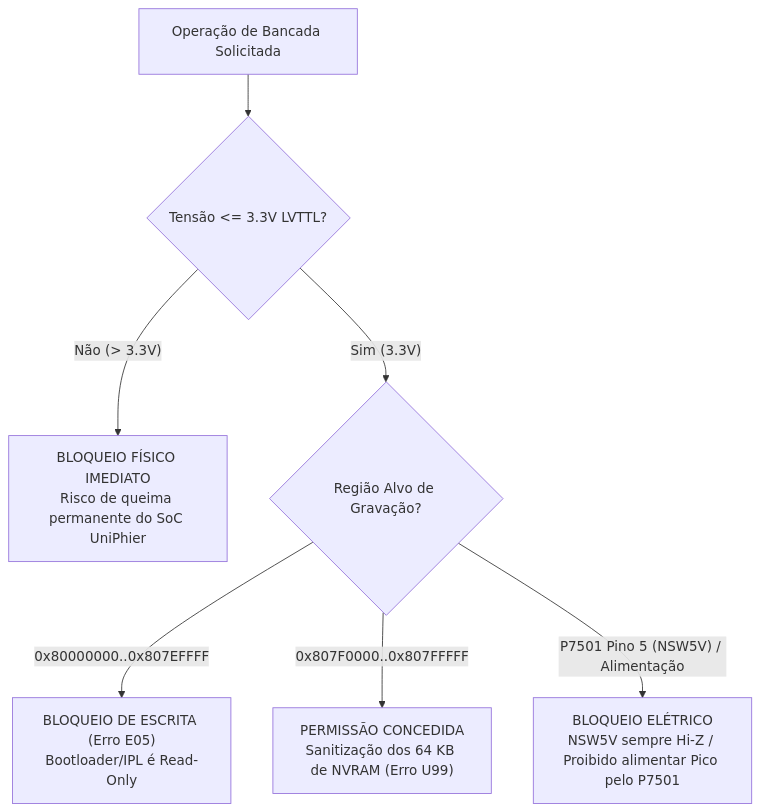
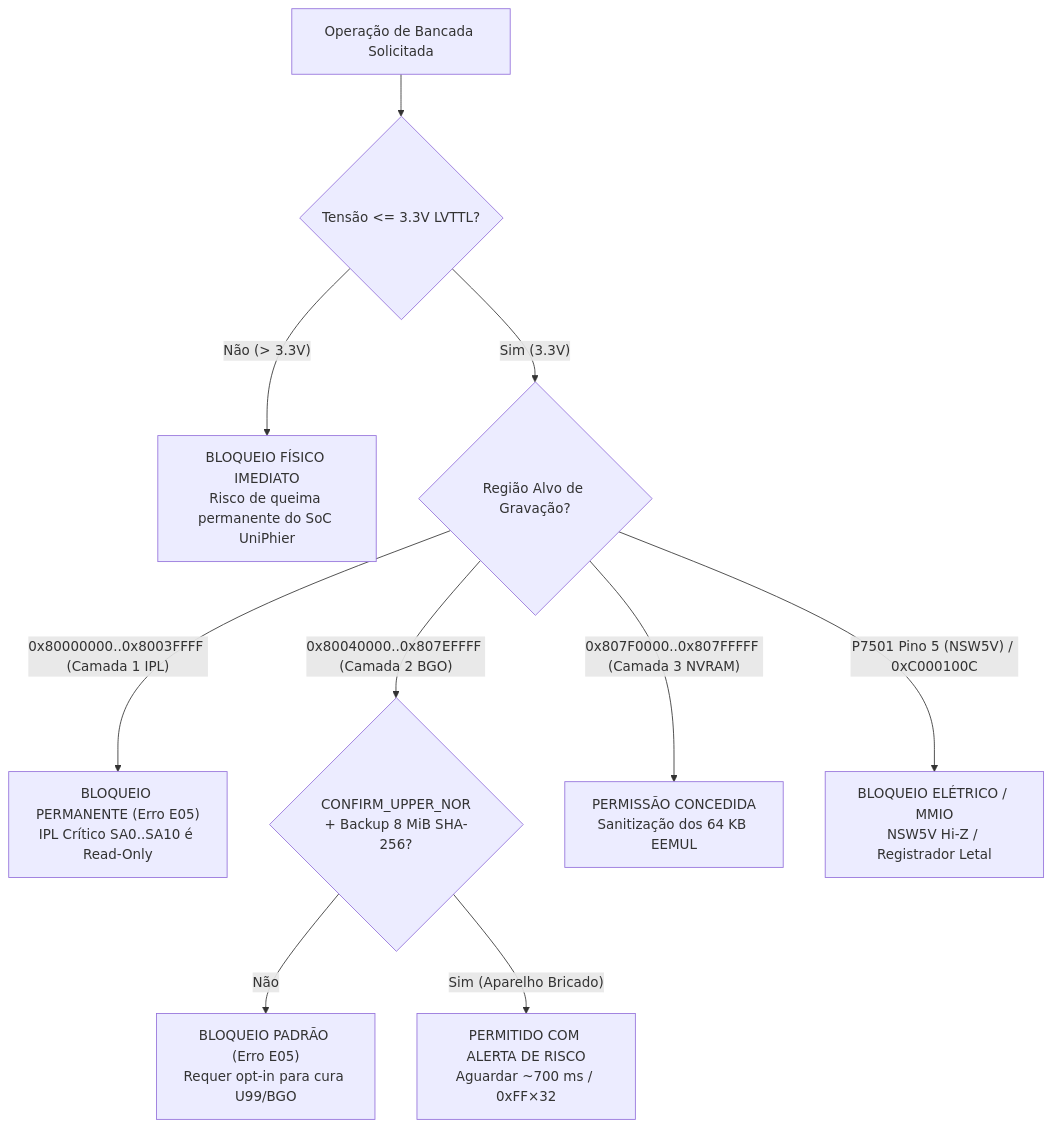
The second of 2 diagrams in docs/pt-BR/ARQUITETURA_E_BLUEPRINT_DE_ENGENHARIA.md (orgchrono/Panadiga), drawn with Mermaid before and after one commit. The commit also changed other lines of this file and 46 other files, not shown here.

````diff
--- a/docs/pt-BR/ARQUITETURA_E_BLUEPRINT_DE_ENGENHARIA.md
+++ b/docs/pt-BR/ARQUITETURA_E_BLUEPRINT_DE_ENGENHARIA.md
@@ -126,10 +126,13 @@
 ```mermaid
 graph TD
     REQ["Operação de Bancada Solicitada"] --> CHECK_V{"Tensão <= 3.3V LVTTL?"}
     CHECK_V -- "Não (> 3.3V)" --> ABORT_V["BLOQUEIO FÍSICO IMEDIATO<br/>Risco de queima permanente do SoC UniPhier"]
     CHECK_V -- "Sim (3.3V)" --> CHECK_REG{"Região Alvo de Gravação?"}
     
-    CHECK_REG -- "0x80000000..0x807EFFFF" --> ABORT_BOOT["BLOQUEIO DE ESCRITA (Erro E05)<br/>Bootloader/IPL é Read-Only"]
-    CHECK_REG -- "0x807F0000..0x807FFFFF" --> ALLOW_NVRAM["PERMISSÃO CONCEDIDA<br/>Sanitização dos 64 KB de NVRAM (Erro U99)"]
-    CHECK_REG -- "P7501 Pino 5 (NSW5V) / Alimentação" --> ABORT_PWR["BLOQUEIO ELÉTRICO<br/>NSW5V sempre Hi-Z / Proibido alimentar Pico pelo P7501"]
+    CHECK_REG -- "0x80000000..0x8003FFFF (Camada 1 IPL)" --> ABORT_BOOT["BLOQUEIO PERMANENTE (Erro E05)<br/>IPL Crítico SA0..SA10 é Read-Only"]
+    CHECK_REG -- "0x80040000..0x807EFFFF (Camada 2 BGO)" --> CHECK_OPTIN{"CONFIRM_UPPER_NOR<br/>+ Backup 8 MiB SHA-256?"}
+    CHECK_OPTIN -- "Não" --> ABORT_UPPER["BLOQUEIO PADRÃO (Erro E05)<br/>Requer opt-in para cura U99/BGO"]
+    CHECK_OPTIN -- "Sim (Aparelho Bricado)" --> WARN_BGO["PERMITIDO COM ALERTA DE RISCO<br/>Aguardar ~700 ms / 0xFF×32"]
+    CHECK_REG -- "0x807F0000..0x807FFFFF (Camada 3 NVRAM)" --> ALLOW_NVRAM["PERMISSÃO CONCEDIDA<br/>Sanitização dos 64 KB EEMUL"]
+    CHECK_REG -- "P7501 Pino 5 (NSW5V) / 0xC000100C" --> ABORT_PWR["BLOQUEIO ELÉTRICO / MMIO<br/>NSW5V Hi-Z / Registrador Letal"]
 ```
````
